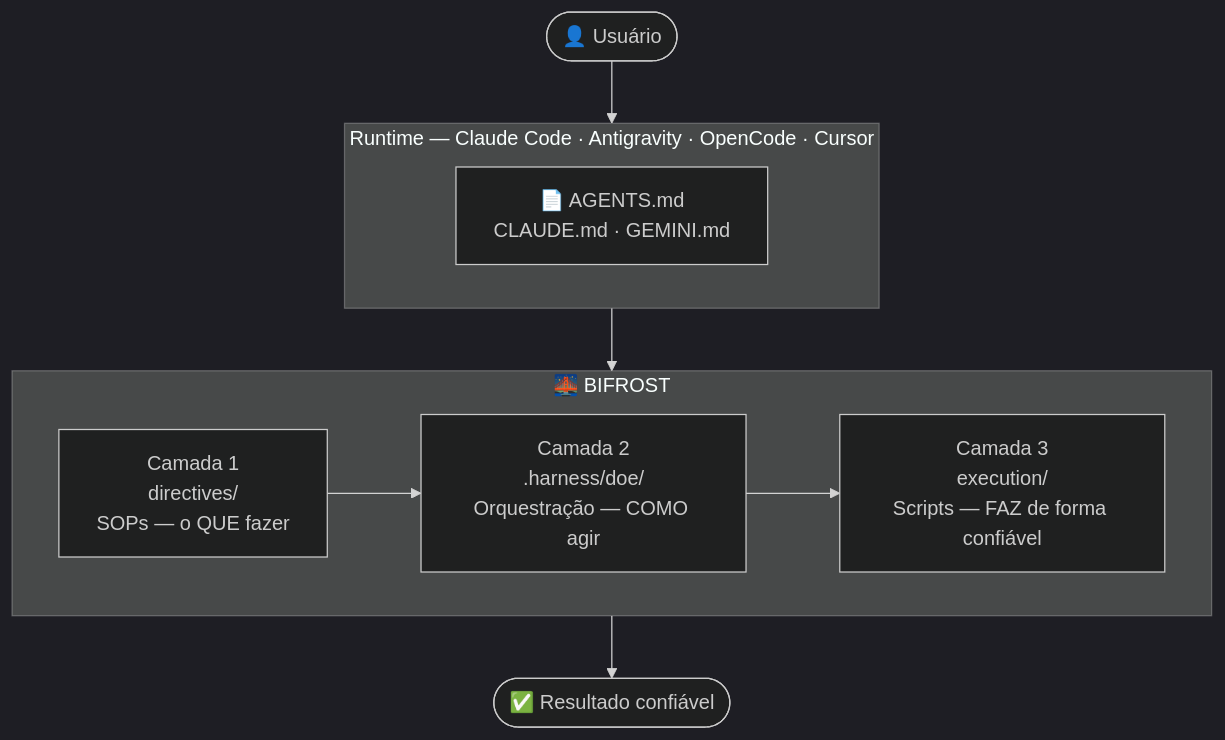
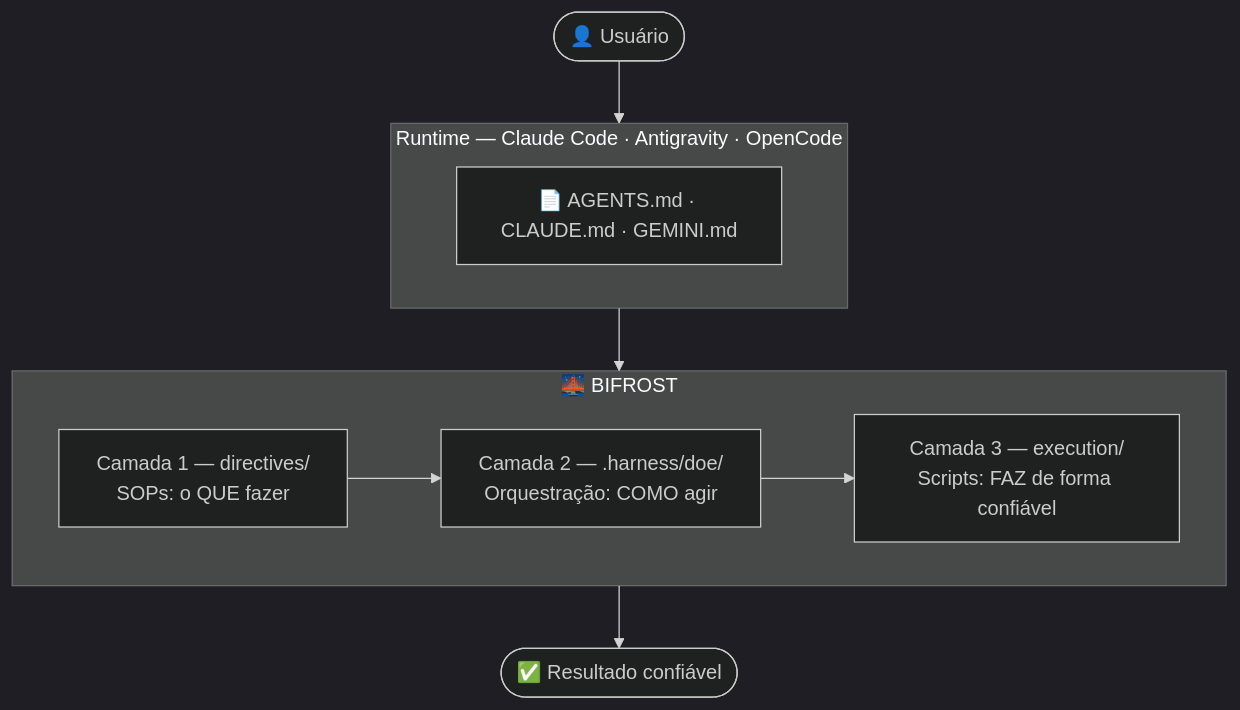
The first of 3 diagrams in README.md (JRoberto1/harness-template), drawn with Mermaid (dark theme) before and after one commit. The commit also changed other lines of this file and 6 other files, not shown here.

Commit message:
fix: corrigir dessincronização AGENTS/CLAUDE/GEMINI + criar .harness/doe/

````diff
--- a/README.md
+++ b/README.md
@@ -54,15 +88,15 @@
 ```mermaid
 flowchart TD
     User(["👤 Usuário"])
-    subgraph Runtime["Runtime — Claude Code · Antigravity · OpenCode · Cursor"]
-        AGENTS["📄 AGENTS.md\nCLAUDE.md · GEMINI.md"]
+    subgraph Runtime["Runtime — Claude Code · Antigravity · OpenCode"]
+        AGENTS["📄 AGENTS.md · CLAUDE.md · GEMINI.md"]
     end
     subgraph Bifrost["🌉 BIFROST"]
-        C1["Camada 1\ndirectives/\nSOPs — o QUE fazer"]
-        C2["Camada 2\n.harness/doe/\nOrquestração — COMO agir"]
-        C3["Camada 3\nexecution/\nScripts — FAZ de forma confiável"]
+        C1["Camada 1 — directives/\nSOPs: o QUE fazer"]
+        C2["Camada 2 — .harness/doe/\nOrquestração: COMO agir"]
+        C3["Camada 3 — execution/\nScripts: FAZ de forma confiável"]
         C1 --> C2 --> C3
     end
     User --> Runtime --> Bifrost
     Bifrost --> Output(["✅ Resultado confiável"])
 ```
````
